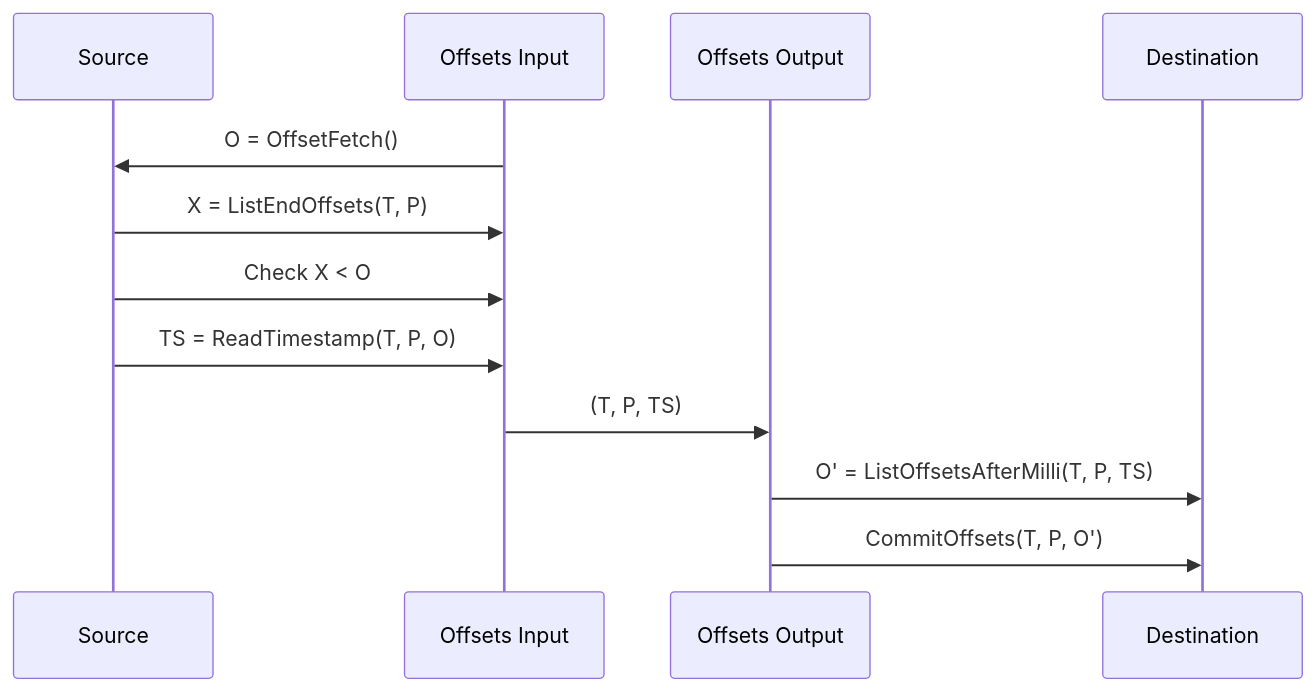
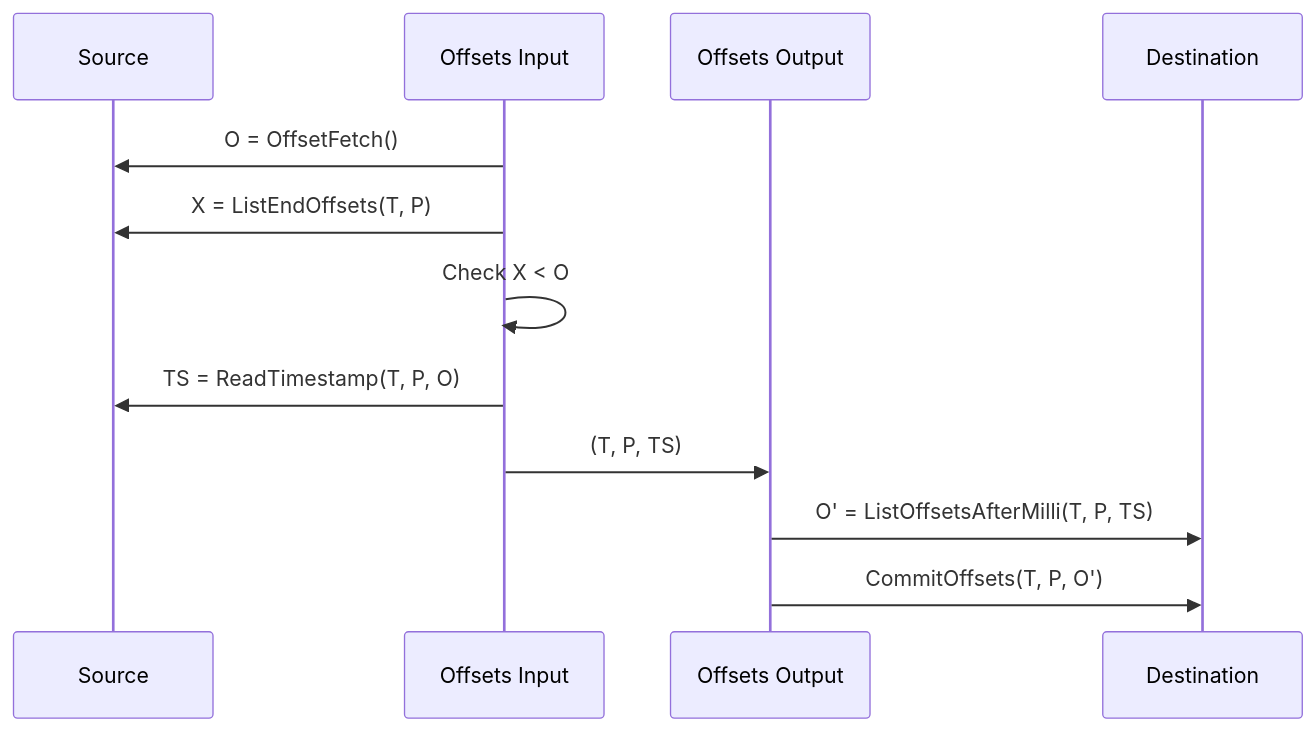
The first of 4 diagrams in internal/impl/kafka/redpanda_migrator.md (cyborginc/connect), drawn with Mermaid before and after one commit. The commit also changed other lines of this file and 6 other files, not shown here.

First line of the commit message:
Fix `redpanda_migrator_offsets` input (#3506)

````diff
--- a/internal/impl/kafka/redpanda_migrator.md
+++ b/internal/impl/kafka/redpanda_migrator.md
@@ -23,16 +23,16 @@
 ```mermaid
 sequenceDiagram
 
 participant Source
 participant Offsets Input
 participant Offsets Output
 participant Destination
 
 Offsets Input->>Source: O = OffsetFetch()
-Source->>Offsets Input: X = ListEndOffsets(T, P)
-Source->>Offsets Input: Check X < O
-Source->>Offsets Input: TS = ReadTimestamp(T, P, O)
+Offsets Input->>Source: X = ListEndOffsets(T, P)
+Offsets Input->>Offsets Input: Check X < O
+Offsets Input->>Source: TS = ReadTimestamp(T, P, O)
 Offsets Input->>Offsets Output: (T, P, TS)
 Offsets Output->>Destination: O' = ListOffsetsAfterMilli(T, P, TS)
 Offsets Output->>Destination: CommitOffsets(T, P, O')
 ```
````
